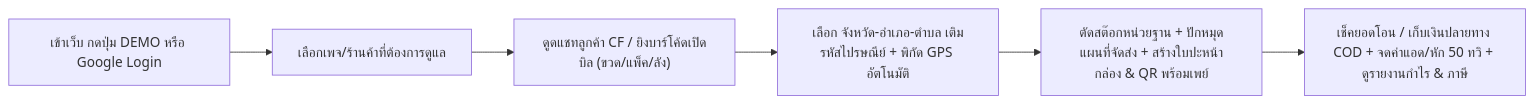
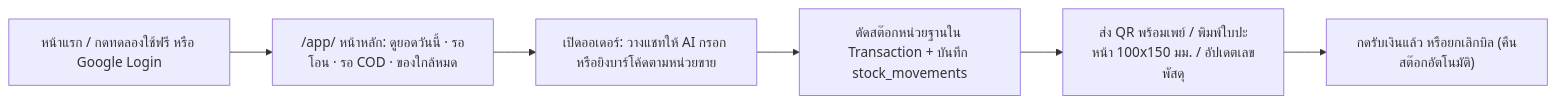
The diagram in README.md (jaturapornchai/mysmebox), drawn with Mermaid before and after one commit. The commit also changed other lines of this file and 120 other files, not shown here.

Commit message:
feat(v1): rewrite MySMEBox as production SaaS (Google Auth, isolated 24h DEMO, multi-UOM, PromptPay QR, shipping label, map & AI)

````diff
--- a/README.md
+++ b/README.md
@@ -33,8 +34,8 @@
 ```mermaid
 flowchart LR
-    A["เข้าเว็บ กดปุ่ม DEMO หรือ Google Login"] --> B["เลือกเพจ/ร้านค้าที่ต้องการดูแล"]
-    B --> C["ดูดแชทลูกค้า CF / ยิงบาร์โค้ดเปิดบิล (ขวด/แพ็ค/ลัง)"]
-    C --> D["เลือก จังหวัด-อำเภอ-ตำบล เติมรหัสไปรษณีย์ + พิกัด GPS อัตโนมัติ"]
-    D --> E["ตัดสต๊อกหน่วยฐาน + ปักหมุดแผนที่จัดส่ง + สร้างใบปะหน้ากล่อง & QR พร้อมเพย์"]
-    E --> F["เช็คยอดโอน / เก็บเงินปลายทาง COD + จดค่าแอด/หัก 50 ทวิ + ดูรายงานกำไร & ภาษี"]
+    A["หน้าแรก / กดทดลองใช้ฟรี หรือ Google Login"] --> B["/app/ หน้าหลัก: ดูยอดวันนี้ · รอโอน · รอ COD · ของใกล้หมด"]
+    B --> C["เปิดออเดอร์: วางแชทให้ AI กรอก หรือยิงบาร์โค้ดตามหน่วยขาย"]
+    C --> D["ตัดสต๊อกหน่วยฐานใน Transaction + บันทึก stock_movements"]
+    D --> E["ส่ง QR พร้อมเพย์ / พิมพ์ใบปะหน้า 100x150 มม. / อัปเดตเลขพัสดุ"]
+    E --> F["กดรับเงินแล้ว หรือยกเลิกบิล (คืนสต๊อกอัตโนมัติ)"]
 ```
````
